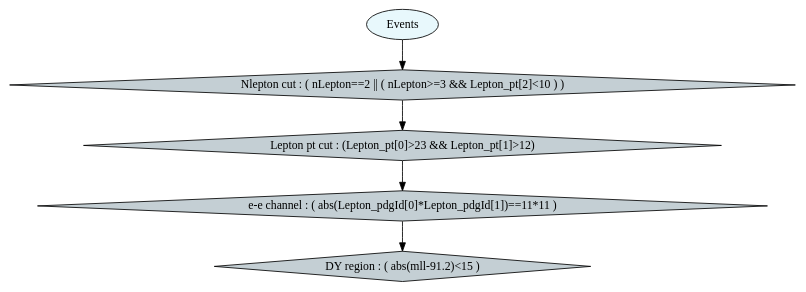
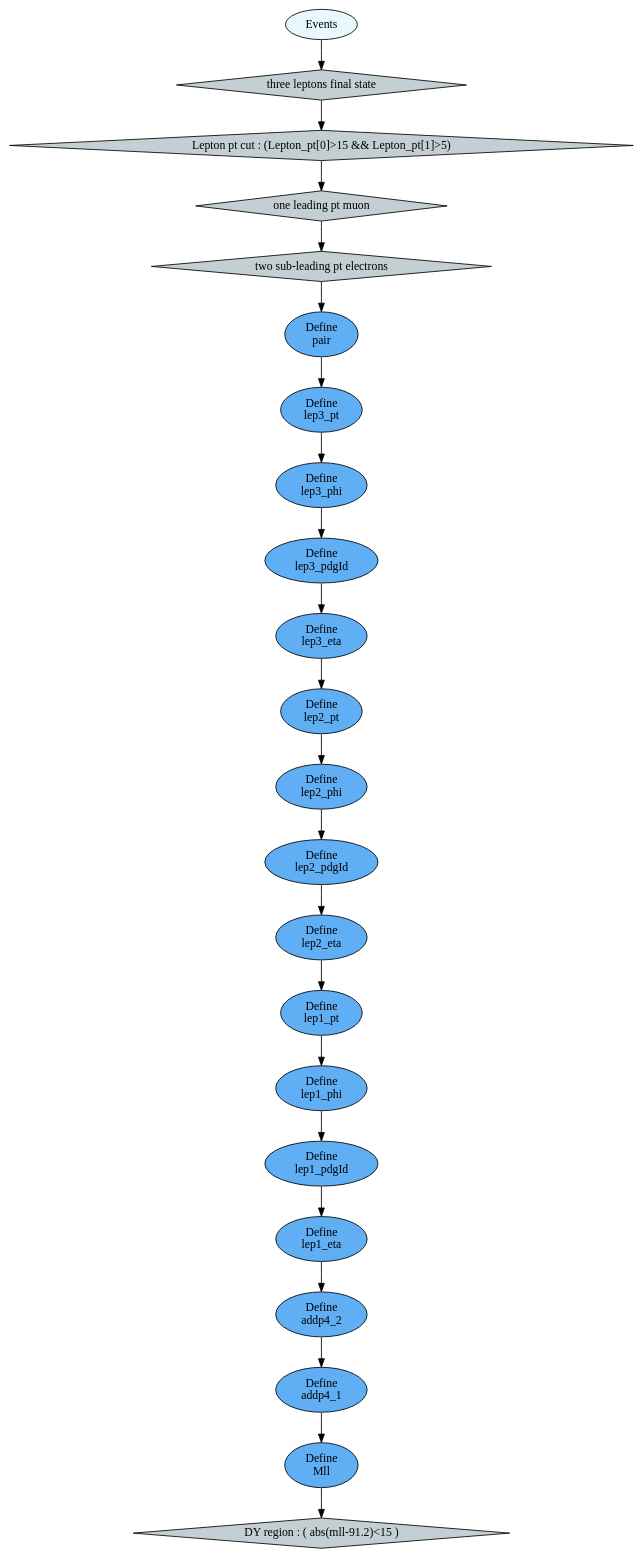
The diagram in ntuple/graph_flip.dot (NTrevisani/NanoFlipper), drawn with Graphviz before and after one commit. The commit also changed 8 other files, not shown here.

```diff
--- a/ntuple/graph_flip.dot
+++ b/ntuple/graph_flip.dot
@@ -1,11 +1,61 @@
 digraph {
-	5 [label="DY region : ( abs(mll-91.2)<15 )", style="filled", fillcolor="#c4cfd4", shape="diamond"];
-	4 [label="e-e channel : ( abs(Lepton_pdgId[0]*Lepton_pdgId[1])==11*11 )", style="filled", fillcolor="#c4cfd4", shape="diamond"];
-	3 [label="Lepton pt cut : (Lepton_pt[0]>23 && Lepton_pt[1]>12)", style="filled", fillcolor="#c4cfd4", shape="diamond"];
-	2 [label="Nlepton cut : ( nLepton==2 || ( nLepton>=3 && Lepton_pt[2]<10 ) )", style="filled", fillcolor="#c4cfd4", shape="diamond"];
+	6 [label="DY region : ( abs(mll-91.2)<15 )", style="filled", fillcolor="#c4cfd4", shape="diamond"];
+	7 [label="Define
+Mll", style="filled", fillcolor="#60aef3", shape="oval"];
+	8 [label="Define
+addp4_1", style="filled", fillcolor="#60aef3", shape="oval"];
+	9 [label="Define
+addp4_2", style="filled", fillcolor="#60aef3", shape="oval"];
+	10 [label="Define
+lep1_eta", style="filled", fillcolor="#60aef3", shape="oval"];
+	11 [label="Define
+lep1_pdgId", style="filled", fillcolor="#60aef3", shape="oval"];
+	12 [label="Define
+lep1_phi", style="filled", fillcolor="#60aef3", shape="oval"];
+	13 [label="Define
+lep1_pt", style="filled", fillcolor="#60aef3", shape="oval"];
+	14 [label="Define
+lep2_eta", style="filled", fillcolor="#60aef3", shape="oval"];
+	15 [label="Define
+lep2_pdgId", style="filled", fillcolor="#60aef3", shape="oval"];
+	16 [label="Define
+lep2_phi", style="filled", fillcolor="#60aef3", shape="oval"];
+	17 [label="Define
+lep2_pt", style="filled", fillcolor="#60aef3", shape="oval"];
+	18 [label="Define
+lep3_eta", style="filled", fillcolor="#60aef3", shape="oval"];
+	19 [label="Define
+lep3_pdgId", style="filled", fillcolor="#60aef3", shape="oval"];
+	20 [label="Define
+lep3_phi", style="filled", fillcolor="#60aef3", shape="oval"];
+	21 [label="Define
+lep3_pt", style="filled", fillcolor="#60aef3", shape="oval"];
+	22 [label="Define
+pair", style="filled", fillcolor="#60aef3", shape="oval"];
+	5 [label="two sub-leading pt electrons", style="filled", fillcolor="#c4cfd4", shape="diamond"];
+	4 [label="one leading pt muon", style="filled", fillcolor="#c4cfd4", shape="diamond"];
+	3 [label="Lepton pt cut : (Lepton_pt[0]>15 && Lepton_pt[1]>5)", style="filled", fillcolor="#c4cfd4", shape="diamond"];
+	2 [label="three leptons final state", style="filled", fillcolor="#c4cfd4", shape="diamond"];
 	0 [label="Events", style="filled", fillcolor="#e8f8fc", shape="oval"];
+	7 -> 6;
+	8 -> 7;
+	9 -> 8;
+	10 -> 9;
+	11 -> 10;
+	12 -> 11;
+	13 -> 12;
+	14 -> 13;
+	15 -> 14;
+	16 -> 15;
+	17 -> 16;
+	18 -> 17;
+	19 -> 18;
+	20 -> 19;
+	21 -> 20;
+	22 -> 21;
+	5 -> 22;
 	4 -> 5;
 	3 -> 4;
 	2 -> 3;
 	0 -> 2;
 }
```
